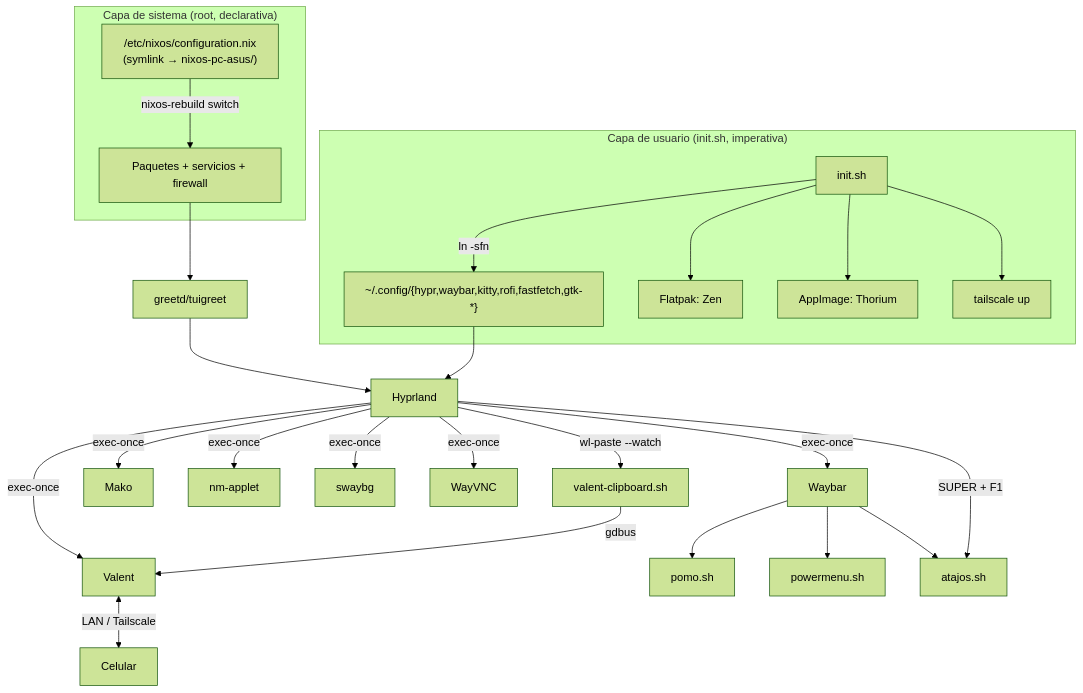
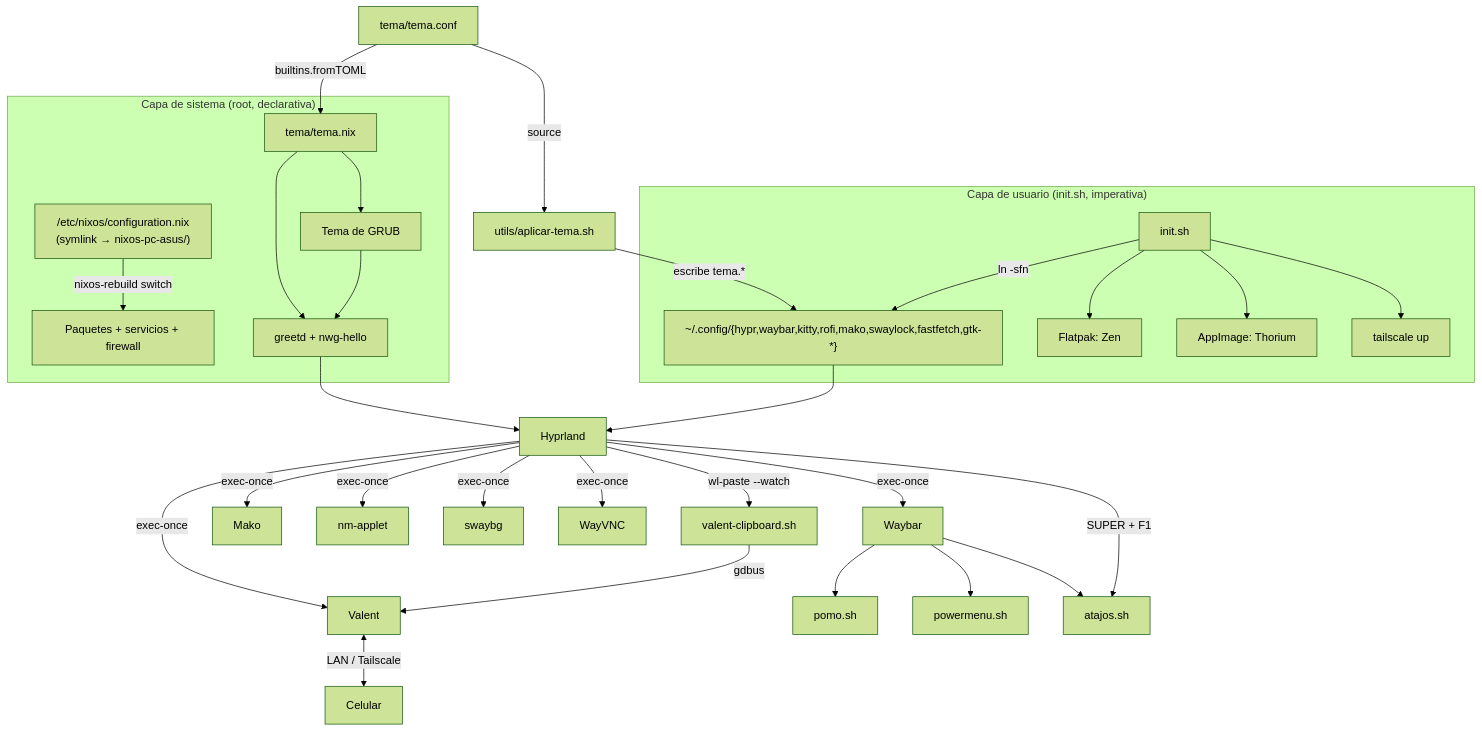
One commit to Giovanni1906/dotfiles-nixos changed the diagram in docs/contexto/01-arquitectura.md. Above: the diagram before and after it, drawn with Mermaid (forest theme). The commit also changed other lines of this file and 29 other files, not shown here.

````diff
--- a/docs/contexto/01-arquitectura.md
+++ b/docs/contexto/01-arquitectura.md
@@ -58,19 +63,22 @@
 ```mermaid
 flowchart TD
+    TEMA["tema/tema.conf"] -->|builtins.fromTOML| TNIX[tema/tema.nix]
+    TEMA -->|source| APLICAR[utils/aplicar-tema.sh] -->|escribe tema.*| CFG
     subgraph Sistema["Capa de sistema (root, declarativa)"]
         NIX["/etc/nixos/configuration.nix<br/>(symlink → nixos-pc-asus/)"] -->|nixos-rebuild switch| PKGS[Paquetes + servicios + firewall]
+        TNIX --> GRUB[Tema de GRUB] & GREETD[greetd + nwg-hello]
     end
     subgraph Usuario["Capa de usuario (init.sh, imperativa)"]
-        INIT[init.sh] -->|ln -sfn| CFG["~/.config/{hypr,waybar,kitty,rofi,fastfetch,gtk-*}"]
+        INIT[init.sh] -->|ln -sfn| CFG["~/.config/{hypr,waybar,kitty,rofi,mako,swaylock,fastfetch,gtk-*}"]
         INIT --> FLAT[Flatpak: Zen]
         INIT --> APPI[AppImage: Thorium]
         INIT --> TS[tailscale up]
     end
-    PKGS --> GREETD[greetd/tuigreet] --> HYPR[Hyprland]
+    GRUB --> GREETD --> HYPR[Hyprland]
     CFG --> HYPR
     HYPR -->|exec-once| WAYBAR[Waybar] & MAKO[Mako] & VALENT[Valent] & NMA[nm-applet] & SWAYBG[swaybg] & VNC[WayVNC]
     WAYBAR --> POMO[pomo.sh] & POWER[powermenu.sh] & ATAJOS[atajos.sh]
     HYPR -->|SUPER + F1| ATAJOS
     HYPR -->|wl-paste --watch| CLIP[valent-clipboard.sh] -->|gdbus| VALENT
     VALENT <-->|LAN / Tailscale| PHONE[Celular]
 ```
````
